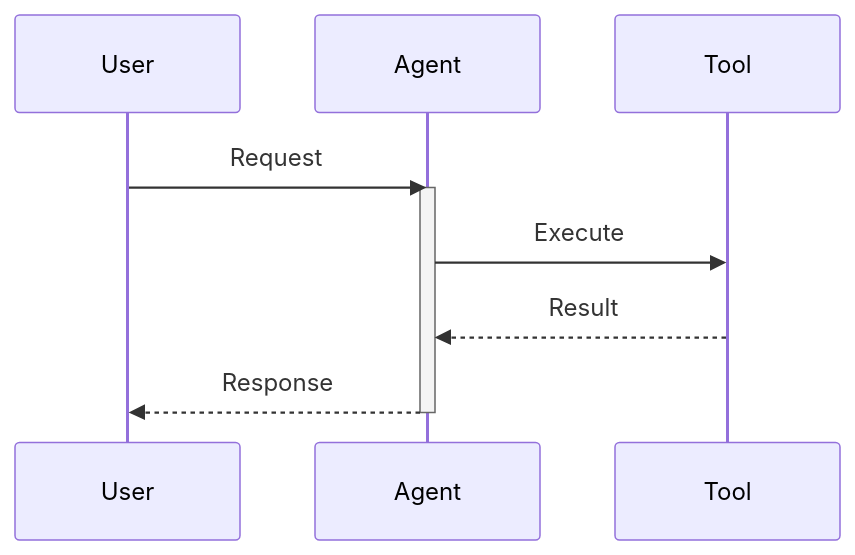
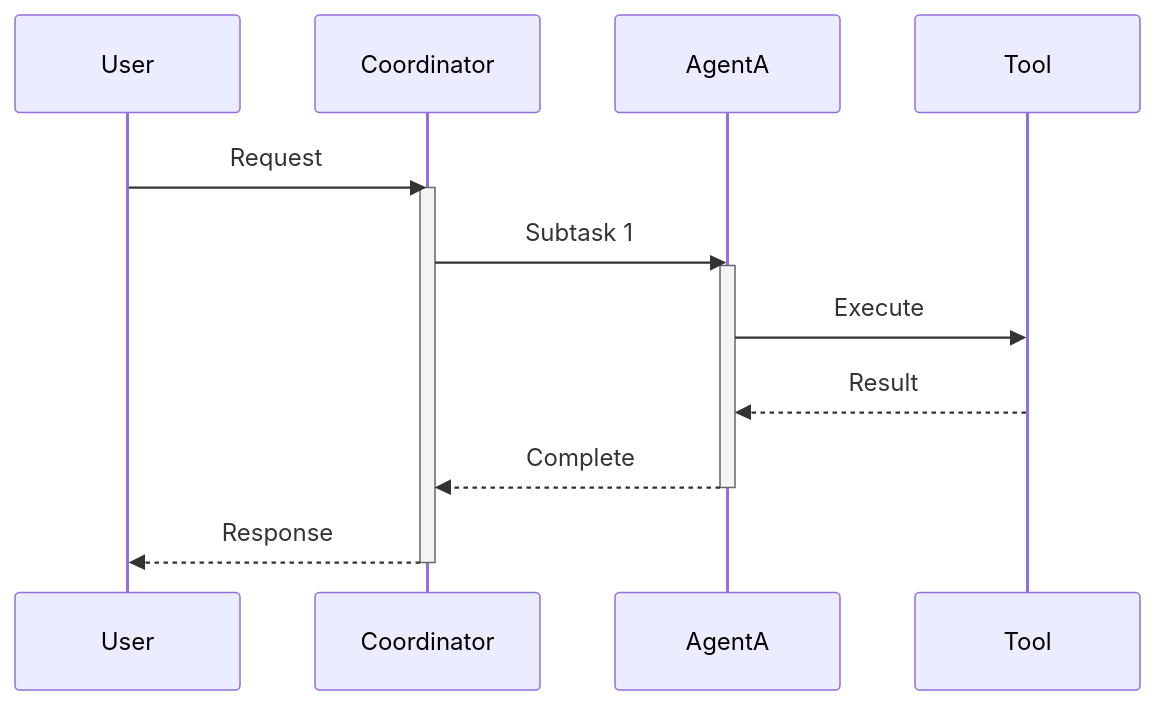
Before and after one commit to muylucir/path: the third of 4 diagrams in path-strands-agent/skills/mermaid-diagrams/SKILL.md, drawn with Mermaid. The commit also changed other lines of this file and 121 other files, not shown here.

````diff
--- a/path-strands-agent/skills/mermaid-diagrams/SKILL.md
+++ b/path-strands-agent/skills/mermaid-diagrams/SKILL.md
@@ -57,9 +59,13 @@
 ```mermaid
 sequenceDiagram
-    User->>Agent: Request
-    activate Agent
-    Agent->>Tool: Execute
-    Tool-->>Agent: Result
-    Agent-->>User: Response
-    deactivate Agent
+    User->>Coordinator: Request
+    activate Coordinator
+    Coordinator->>AgentA: Subtask 1
+    activate AgentA
+    AgentA->>Tool: Execute
+    Tool-->>AgentA: Result
+    AgentA-->>Coordinator: Complete
+    deactivate AgentA
+    Coordinator-->>User: Response
+    deactivate Coordinator
 ```
````
